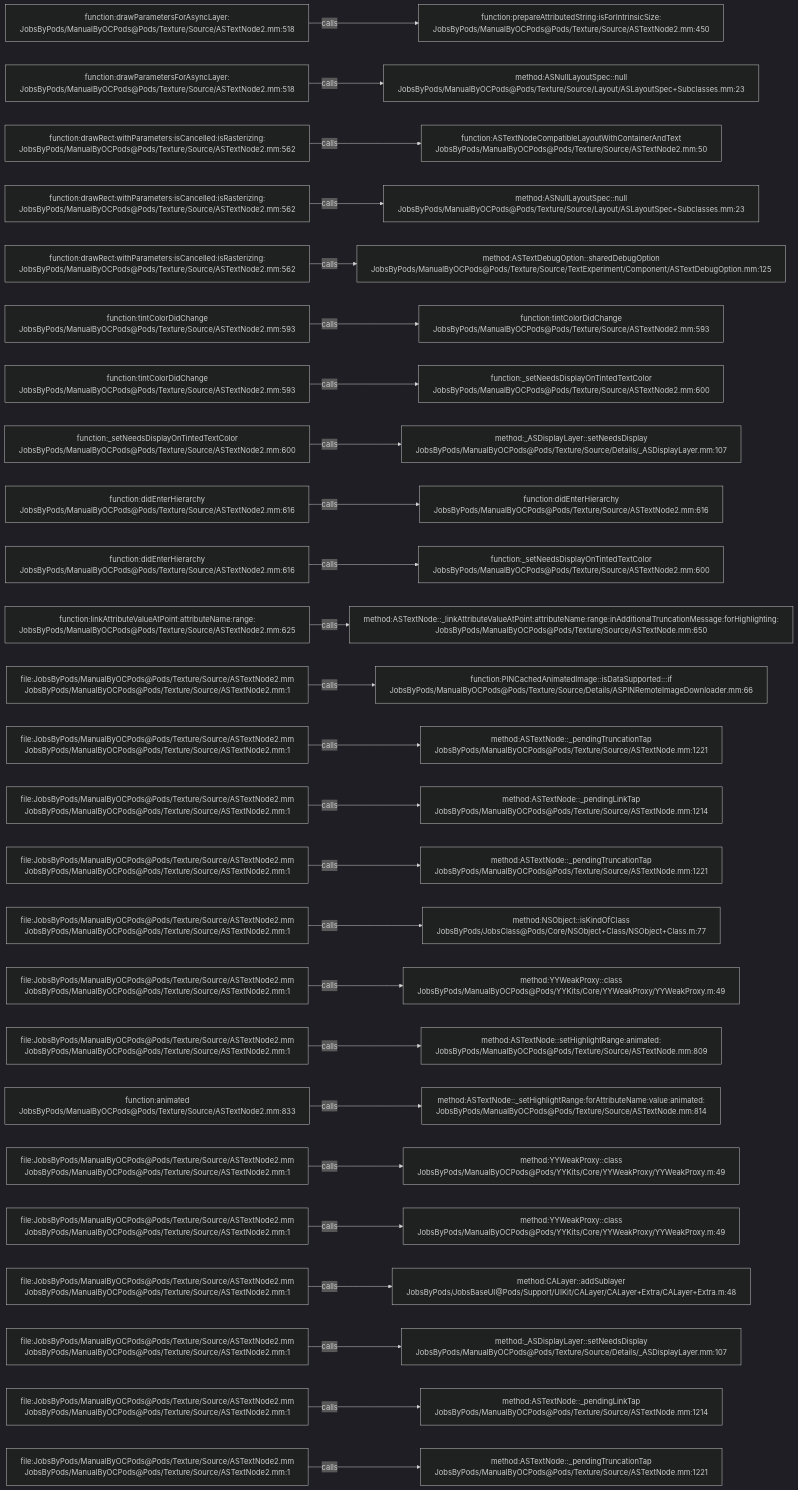
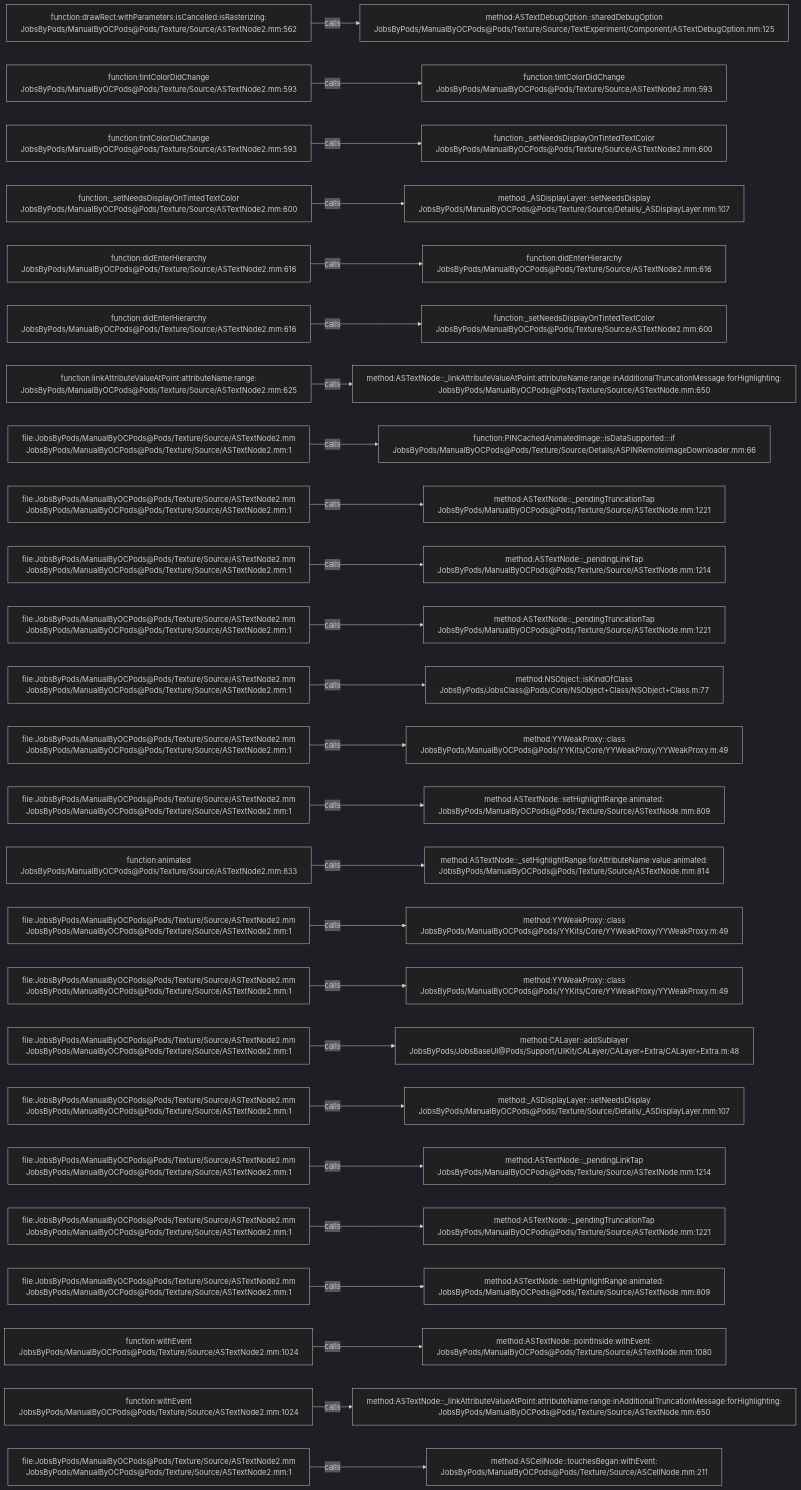
Before and after one commit to JobsKits/JobsOCBaseConfigDemo: the diagram in .codegraph/codegraph.md/graphs/calls-138.md, drawn with Mermaid (dark theme). The commit also changed 727 other files, not shown here.

````diff
--- a/.codegraph/codegraph.md/graphs/calls-138.md
+++ b/.codegraph/codegraph.md/graphs/calls-138.md
@@ -13,78 +13,78 @@
 ```mermaid
 flowchart LR
-  S1["function:drawParametersForAsyncLayer:<br/>JobsByPods/ManualByOCPods@Pods/Texture/Source/ASTextNode2.mm:518"]
-  T1["function:prepareAttributedString:isForIntrinsicSize:<br/>JobsByPods/ManualByOCPods@Pods/Texture/Source/ASTextNode2.mm:450"]
+  S1["function:drawRect:withParameters:isCancelled:isRasterizing:<br/>JobsByPods/ManualByOCPods@Pods/Texture/Source/ASTextNode2.mm:562"]
+  T1["method:ASTextDebugOption::sharedDebugOption<br/>JobsByPods/ManualByOCPods@Pods/Texture/Source/TextExperiment/Component/ASTextDebugOption.mm:125"]
   S1 -->|calls| T1
-  S2["function:drawParametersForAsyncLayer:<br/>JobsByPods/ManualByOCPods@Pods/Texture/Source/ASTextNode2.mm:518"]
-  T2["method:ASNullLayoutSpec::null<br/>JobsByPods/ManualByOCPods@Pods/Texture/Source/Layout/ASLayoutSpec+Subclasses.mm:23"]
+  S2["function:tintColorDidChange<br/>JobsByPods/ManualByOCPods@Pods/Texture/Source/ASTextNode2.mm:593"]
+  T2["function:tintColorDidChange<br/>JobsByPods/ManualByOCPods@Pods/Texture/Source/ASTextNode2.mm:593"]
   S2 -->|calls| T2
-  S3["function:drawRect:withParameters:isCancelled:isRasterizing:<br/>JobsByPods/ManualByOCPods@Pods/Texture/Source/ASTextNode2.mm:562"]
-  T3["function:ASTextNodeCompatibleLayoutWithContainerAndText<br/>JobsByPods/ManualByOCPods@Pods/Texture/Source/ASTextNode2.mm:50"]
+  S3["function:tintColorDidChange<br/>JobsByPods/ManualByOCPods@Pods/Texture/Source/ASTextNode2.mm:593"]
+  T3["function:_setNeedsDisplayOnTintedTextColor<br/>JobsByPods/ManualByOCPods@Pods/Texture/Source/ASTextNode2.mm:600"]
   S3 -->|calls| T3
-  S4["function:drawRect:withParameters:isCancelled:isRasterizing:<br/>JobsByPods/ManualByOCPods@Pods/Texture/Source/ASTextNode2.mm:562"]
-  T4["method:ASNullLayoutSpec::null<br/>JobsByPods/ManualByOCPods@Pods/Texture/Source/Layout/ASLayoutSpec+Subclasses.mm:23"]
+  S4["function:_setNeedsDisplayOnTintedTextColor<br/>JobsByPods/ManualByOCPods@Pods/Texture/Source/ASTextNode2.mm:600"]
+  T4["method:_ASDisplayLayer::setNeedsDisplay<br/>JobsByPods/ManualByOCPods@Pods/Texture/Source/Details/_ASDisplayLayer.mm:107"]
   S4 -->|calls| T4
-  S5["function:drawRect:withParameters:isCancelled:isRasterizing:<br/>JobsByPods/ManualByOCPods@Pods/Texture/Source/ASTextNode2.mm:562"]
-  T5["method:ASTextDebugOption::sharedDebugOption<br/>JobsByPods/ManualByOCPods@Pods/Texture/Source/TextExperiment/Component/ASTextDebugOption.mm:125"]
+  S5["function:didEnterHierarchy<br/>JobsByPods/ManualByOCPods@Pods/Texture/Source/ASTextNode2.mm:616"]
+  T5["function:didEnterHierarchy<br/>JobsByPods/ManualByOCPods@Pods/Texture/Source/ASTextNode2.mm:616"]
   S5 -->|calls| T5
-  S6["function:tintColorDidChange<br/>JobsByPods/ManualByOCPods@Pods/Texture/Source/ASTextNode2.mm:593"]
-  T6["function:tintColorDidChange<br/>JobsByPods/ManualByOCPods@Pods/Texture/Source/ASTextNode2.mm:593"]
+  S6["function:didEnterHierarchy<br/>JobsByPods/ManualByOCPods@Pods/Texture/Source/ASTextNode2.mm:616"]
+  T6["function:_setNeedsDisplayOnTintedTextColor<br/>JobsByPods/ManualByOCPods@Pods/Texture/Source/ASTextNode2.mm:600"]
   S6 -->|calls| T6
-  S7["function:tintColorDidChange<br/>JobsByPods/ManualByOCPods@Pods/Texture/Source/ASTextNode2.mm:593"]
-  T7["function:_setNeedsDisplayOnTintedTextColor<br/>JobsByPods/ManualByOCPods@Pods/Texture/Source/ASTextNode2.mm:600"]
+  S7["function:linkAttributeValueAtPoint:attributeName:range:<br/>JobsByPods/ManualByOCPods@Pods/Texture/Source/ASTextNode2.mm:625"]
+  T7["method:ASTextNode::_linkAttributeValueAtPoint:attributeName:range:inAdditionalTruncationMessage:forHighlighting:<br/>JobsByPods/ManualByOCPods@Pods/Texture/Source/ASTextNode.mm:650"]
   S7 -->|calls| T7
-  S8["function:_setNeedsDisplayOnTintedTextColor<br/>JobsByPods/ManualByOCPods@Pods/Texture/Source/ASTextNode2.mm:600"]
-  T8["method:_ASDisplayLayer::setNeedsDisplay<br/>JobsByPods/ManualByOCPods@Pods/Texture/Source/Details/_ASDisplayLayer.mm:107"]
+  S8["file:JobsByPods/ManualByOCPods@Pods/Texture/Source/ASTextNode2.mm<br/>JobsByPods/ManualByOCPods@Pods/Texture/Source/ASTextNode2.mm:1"]
+  T8["function:PINCachedAnimatedImage::isDataSupported:::if<br/>JobsByPods/ManualByOCPods@Pods/Texture/Source/Details/ASPINRemoteImageDownloader.mm:66"]
   S8 -->|calls| T8
-  S9["function:didEnterHierarchy<br/>JobsByPods/ManualByOCPods@Pods/Texture/Source/ASTextNode2.mm:616"]
-  T9["function:didEnterHierarchy<br/>JobsByPods/ManualByOCPods@Pods/Texture/Source/ASTextNode2.mm:616"]
+  S9["file:JobsByPods/ManualByOCPods@Pods/Texture/Source/ASTextNode2.mm<br/>JobsByPods/ManualByOCPods@Pods/Texture/Source/ASTextNode2.mm:1"]
+  T9["method:ASTextNode::_pendingTruncationTap<br/>JobsByPods/ManualByOCPods@Pods/Texture/Source/ASTextNode.mm:1221"]
   S9 -->|calls| T9
-  S10["function:didEnterHierarchy<br/>JobsByPods/ManualByOCPods@Pods/Texture/Source/ASTextNode2.mm:616"]
-  T10["function:_setNeedsDisplayOnTintedTextColor<br/>JobsByPods/ManualByOCPods@Pods/Texture/Source/ASTextNode2.mm:600"]
+  S10["file:JobsByPods/ManualByOCPods@Pods/Texture/Source/ASTextNode2.mm<br/>JobsByPods/ManualByOCPods@Pods/Texture/Source/ASTextNode2.mm:1"]
+  T10["method:ASTextNode::_pendingLinkTap<br/>JobsByPods/ManualByOCPods@Pods/Texture/Source/ASTextNode.mm:1214"]
   S10 -->|calls| T10
-  S11["function:linkAttributeValueAtPoint:attributeName:range:<br/>JobsByPods/ManualByOCPods@Pods/Texture/Source/ASTextNode2.mm:625"]
-  T11["method:ASTextNode::_linkAttributeValueAtPoint:attributeName:range:inAdditionalTruncationMessage:forHighlighting:<br/>JobsByPods/ManualByOCPods@Pods/Texture/Source/ASTextNode.mm:650"]
+  S11["file:JobsByPods/ManualByOCPods@Pods/Texture/Source/ASTextNode2.mm<br/>JobsByPods/ManualByOCPods@Pods/Texture/Source/ASTextNode2.mm:1"]
+  T11["method:ASTextNode::_pendingTruncationTap<br/>JobsByPods/ManualByOCPods@Pods/Texture/Source/ASTextNode.mm:1221"]
   S11 -->|calls| T11
   S12["file:JobsByPods/ManualByOCPods@Pods/Texture/Source/ASTextNode2.mm<br/>JobsByPods/ManualByOCPods@Pods/Texture/Source/ASTextNode2.mm:1"]
-  T12["function:PINCachedAnimatedImage::isDataSupported:::if<br/>JobsByPods/ManualByOCPods@Pods/Texture/Source/Details/ASPINRemoteImageDownloader.mm:66"]
+  T12["method:NSObject::isKindOfClass<br/>JobsByPods/JobsClass@Pods/Core/NSObject+Class/NSObject+Class.m:77"]
   S12 -->|calls| T12
   S13["file:JobsByPods/ManualByOCPods@Pods/Texture/Source/ASTextNode2.mm<br/>JobsByPods/ManualByOCPods@Pods/Texture/Source/ASTextNode2.mm:1"]
-  T13["method:ASTextNode::_pendingTruncationTap<br/>JobsByPods/ManualByOCPods@Pods/Texture/Source/ASTextNode.mm:1221"]
+  T13["method:YYWeakProxy::class<br/>JobsByPods/ManualByOCPods@Pods/YYKits/Core/YYWeakProxy/YYWeakProxy.m:49"]
   S13 -->|calls| T13
   S14["file:JobsByPods/ManualByOCPods@Pods/Texture/Source/ASTextNode2.mm<br/>JobsByPods/ManualByOCPods@Pods/Texture/Source/ASTextNode2.mm:1"]
-  T14["method:ASTextNode::_pendingLinkTap<br/>JobsByPods/ManualByOCPods@Pods/Texture/Source/ASTextNode.mm:1214"]
+  T14["method:ASTextNode::setHighlightRange:animated:<br/>JobsByPods/ManualByOCPods@Pods/Texture/Source/ASTextNode.mm:809"]
   S14 -->|calls| T14
-  S15["file:JobsByPods/ManualByOCPods@Pods/Texture/Source/ASTextNode2.mm<br/>JobsByPods/ManualByOCPods@Pods/Texture/Source/ASTextNode2.mm:1"]
-  T15["method:ASTextNode::_pendingTruncationTap<br/>JobsByPods/ManualByOCPods@Pods/Texture/Source/ASTextNode.mm:1221"]
+  S15["function:animated<br/>JobsByPods/ManualByOCPods@Pods/Texture/Source/ASTextNode2.mm:833"]
+  T15["method:ASTextNode::_setHighlightRange:forAttributeName:value:animated:<br/>JobsByPods/ManualByOCPods@Pods/Texture/Source/ASTextNode.mm:814"]
   S15 -->|calls| T15
   S16["file:JobsByPods/ManualByOCPods@Pods/Texture/Source/ASTextNode2.mm<br/>JobsByPods/ManualByOCPods@Pods/Texture/Source/ASTextNode2.mm:1"]
-  T16["method:NSObject::isKindOfClass<br/>JobsByPods/JobsClass@Pods/Core/NSObject+Class/NSObject+Class.m:77"]
+  T16["method:YYWeakProxy::class<br/>JobsByPods/ManualByOCPods@Pods/YYKits/Core/YYWeakProxy/YYWeakProxy.m:49"]
   S16 -->|calls| T16
   S17["file:JobsByPods/ManualByOCPods@Pods/Texture/Source/ASTextNode2.mm<br/>JobsByPods/ManualByOCPods@Pods/Texture/Source/ASTextNode2.mm:1"]
   T17["method:YYWeakProxy::class<br/>JobsByPods/ManualByOCPods@Pods/YYKits/Core/YYWeakProxy/YYWeakProxy.m:49"]
   S17 -->|calls| T17
   S18["file:JobsByPods/ManualByOCPods@Pods/Texture/Source/ASTextNode2.mm<br/>JobsByPods/ManualByOCPods@Pods/Texture/Source/ASTextNode2.mm:1"]
-  T18["method:ASTextNode::setHighlightRange:animated:<br/>JobsByPods/ManualByOCPods@Pods/Texture/Source/ASTextNode.mm:809"]
+  T18["method:CALayer::addSublayer<br/>JobsByPods/JobsBaseUI@Pods/Support/UIKit/CALayer/CALayer+Extra/CALayer+Extra.m:48"]
   S18 -->|calls| T18
-  S19["function:animated<br/>JobsByPods/ManualByOCPods@Pods/Texture/Source/ASTextNode2.mm:833"]
-  T19["method:ASTextNode::_setHighlightRange:forAttributeName:value:animated:<br/>JobsByPods/ManualByOCPods@Pods/Texture/Source/ASTextNode.mm:814"]
+  S19["file:JobsByPods/ManualByOCPods@Pods/Texture/Source/ASTextNode2.mm<br/>JobsByPods/ManualByOCPods@Pods/Texture/Source/ASTextNode2.mm:1"]
+  T19["method:_ASDisplayLayer::setNeedsDisplay<br/>JobsByPods/ManualByOCPods@Pods/Texture/Source/Details/_ASDisplayLayer.mm:107"]
   S19 -->|calls| T19
   S20["file:JobsByPods/ManualByOCPods@Pods/Texture/Source/ASTextNode2.mm<br/>JobsByPods/ManualByOCPods@Pods/Texture/Source/ASTextNode2.mm:1"]
-  T20["method:YYWeakProxy::class<br/>JobsByPods/ManualByOCPods@Pods/YYKits/Core/YYWeakProxy/YYWeakProxy.m:49"]
+  T20["method:ASTextNode::_pendingLinkTap<br/>JobsByPods/ManualByOCPods@Pods/Texture/Source/ASTextNode.mm:1214"]
   S20 -->|calls| T20
   S21["file:JobsByPods/ManualByOCPods@Pods/Texture/Source/ASTextNode2.mm<br/>JobsByPods/ManualByOCPods@Pods/Texture/Source/ASTextNode2.mm:1"]
-  T21["method:YYWeakProxy::class<br/>JobsByPods/ManualByOCPods@Pods/YYKits/Core/YYWeakProxy/YYWeakProxy.m:49"]
+  T21["method:ASTextNode::_pendingTruncationTap<br/>JobsByPods/ManualByOCPods@Pods/Texture/Source/ASTextNode.mm:1221"]
   S21 -->|calls| T21
   S22["file:JobsByPods/ManualByOCPods@Pods/Texture/Source/ASTextNode2.mm<br/>JobsByPods/ManualByOCPods@Pods/Texture/Source/ASTextNode2.mm:1"]
-  T22["method:CALayer::addSublayer<br/>JobsByPods/JobsBaseUI@Pods/Support/UIKit/CALayer/CALayer+Extra/CALayer+Extra.m:48"]
+  T22["method:ASTextNode::setHighlightRange:animated:<br/>JobsByPods/ManualByOCPods@Pods/Texture/Source/ASTextNode.mm:809"]
   S22 -->|calls| T22
-  S23["file:JobsByPods/ManualByOCPods@Pods/Texture/Source/ASTextNode2.mm<br/>JobsByPods/ManualByOCPods@Pods/Texture/Source/ASTextNode2.mm:1"]
-  T23["method:_ASDisplayLayer::setNeedsDisplay<br/>JobsByPods/ManualByOCPods@Pods/Texture/Source/Details/_ASDisplayLayer.mm:107"]
+  S23["function:withEvent<br/>JobsByPods/ManualByOCPods@Pods/Texture/Source/ASTextNode2.mm:1024"]
+  T23["method:ASTextNode::pointInside:withEvent:<br/>JobsByPods/ManualByOCPods@Pods/Texture/Source/ASTextNode.mm:1080"]
   S23 -->|calls| T23
-  S24["file:JobsByPods/ManualByOCPods@Pods/Texture/Source/ASTextNode2.mm<br/>JobsByPods/ManualByOCPods@Pods/Texture/Source/ASTextNode2.mm:1"]
-  T24["method:ASTextNode::_pendingLinkTap<br/>JobsByPods/ManualByOCPods@Pods/Texture/Source/ASTextNode.mm:1214"]
+  S24["function:withEvent<br/>JobsByPods/ManualByOCPods@Pods/Texture/Source/ASTextNode2.mm:1024"]
+  T24["method:ASTextNode::_linkAttributeValueAtPoint:attributeName:range:inAdditionalTruncationMessage:forHighlighting:<br/>JobsByPods/ManualByOCPods@Pods/Texture/Source/ASTextNode.mm:650"]
   S24 -->|calls| T24
   S25["file:JobsByPods/ManualByOCPods@Pods/Texture/Source/ASTextNode2.mm<br/>JobsByPods/ManualByOCPods@Pods/Texture/Source/ASTextNode2.mm:1"]
-  T25["method:ASTextNode::_pendingTruncationTap<br/>JobsByPods/ManualByOCPods@Pods/Texture/Source/ASTextNode.mm:1221"]
+  T25["method:ASCellNode::touchesBegan:withEvent:<br/>JobsByPods/ManualByOCPods@Pods/Texture/Source/ASCellNode.mm:211"]
   S25 -->|calls| T25
 ```
````
